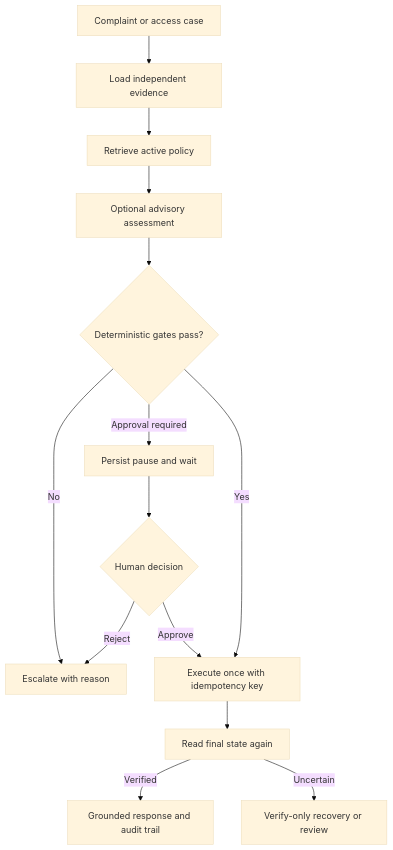
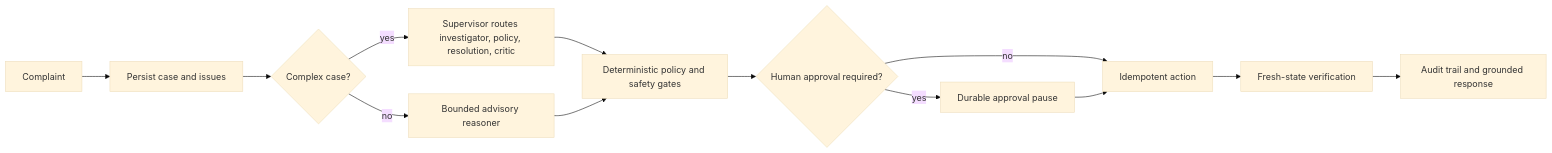
Before and after one commit to abhilashvadla98-pixel/resolveops: the diagram in README.md, drawn with Mermaid (base theme). The commit also changed other lines of this file and 37 other files, not shown here.

````diff
--- a/README.md
+++ b/README.md
@@ -110,16 +15,15 @@
 ```mermaid
-flowchart TD
-    A[Complaint or access case] --> B[Load independent evidence]
-    B --> C[Retrieve active policy]
-    C --> D[Optional advisory assessment]
-    D --> E{Deterministic gates pass?}
-    E -- No --> F[Escalate with reason]
-    E -- Approval required --> G[Persist pause and wait]
-    G --> H{Human decision}
-    H -- Reject --> F
-    H -- Approve --> I[Execute once with idempotency key]
-    E -- Yes --> I
-    I --> J[Read final state again]
-    J -- Verified --> K[Grounded response and audit trail]
-    J -- Uncertain --> L[Verify-only recovery or review]
+flowchart LR
+    A[Complaint] --> B[Persist case and issues]
+    B --> C{Complex case?}
+    C -- yes --> D[Supervisor routes investigator, policy, resolution, critic]
+    C -- no --> E[Bounded advisory reasoner]
+    D --> F[Deterministic policy and safety gates]
+    E --> F
+    F --> G{Human approval required?}
+    G -- yes --> H[Durable approval pause]
+    G -- no --> I[Idempotent action]
+    H --> I
+    I --> J[Fresh-state verification]
+    J --> K[Audit trail and grounded response]
 ```
````
